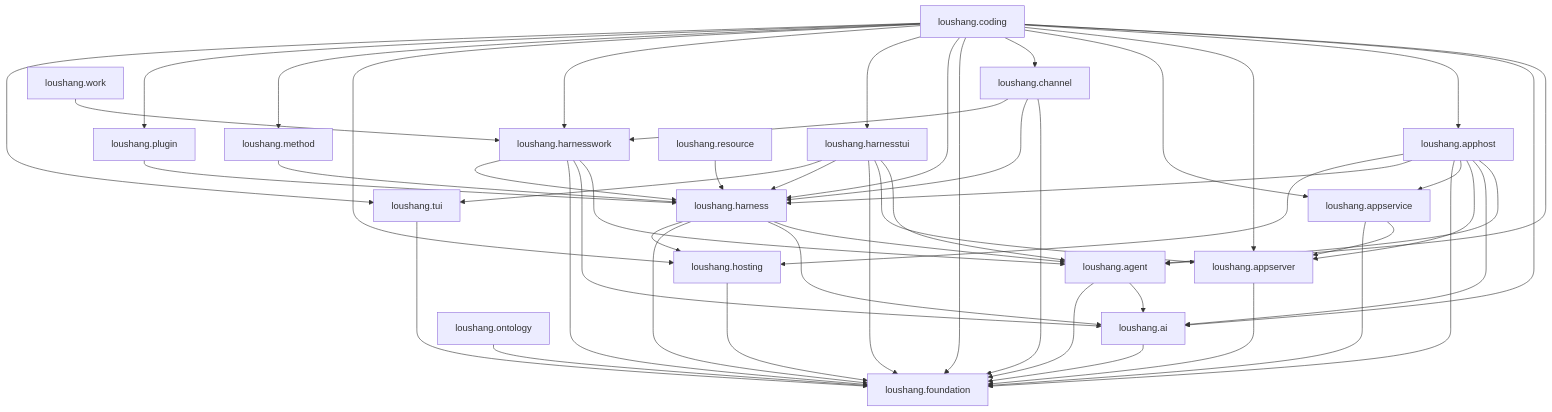
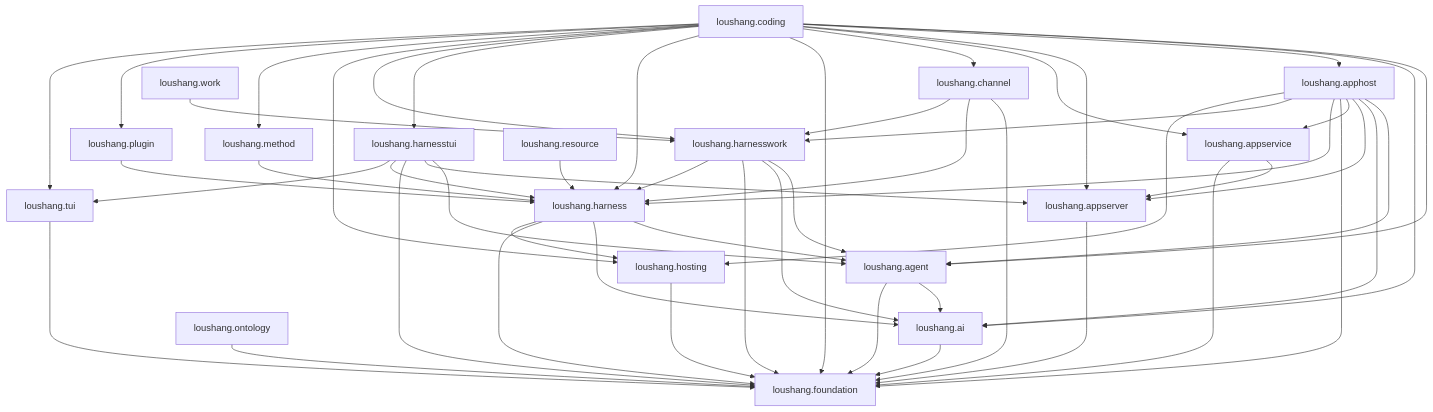
One commit to zhnt/loushang changed the diagram in docs/internals/architecture/generated/current-package-dependencies.md. Above: the diagram before and after it, drawn with Mermaid. The commit also changed other lines of this file and 11 other files, not shown here.

````diff
--- a/docs/internals/architecture/generated/current-package-dependencies.md
+++ b/docs/internals/architecture/generated/current-package-dependencies.md
@@ -27,72 +27,73 @@
 ```mermaid
 graph TD
     PKG_AGENT["loushang.agent"]
     PKG_AI["loushang.ai"]
     PKG_APPHOST["loushang.apphost"]
     PKG_APPSERVER["loushang.appserver"]
     PKG_APPSERVICE["loushang.appservice"]
     PKG_CHANNEL["loushang.channel"]
     PKG_CODING["loushang.coding"]
     PKG_FOUNDATION["loushang.foundation"]
     PKG_HARNESS["loushang.harness"]
     PKG_HARNESSTUI["loushang.harnesstui"]
     PKG_HARNESSWORK["loushang.harnesswork"]
     PKG_HOSTING["loushang.hosting"]
     PKG_METHOD["loushang.method"]
     PKG_ONTOLOGY["loushang.ontology"]
     PKG_PLUGIN["loushang.plugin"]
     PKG_RESOURCE["loushang.resource"]
     PKG_TUI["loushang.tui"]
     PKG_WORK["loushang.work"]
 
     PKG_AGENT --> PKG_AI
     PKG_AGENT --> PKG_FOUNDATION
     PKG_AI --> PKG_FOUNDATION
     PKG_APPHOST --> PKG_AGENT
     PKG_APPHOST --> PKG_AI
     PKG_APPHOST --> PKG_APPSERVER
     PKG_APPHOST --> PKG_APPSERVICE
     PKG_APPHOST --> PKG_FOUNDATION
     PKG_APPHOST --> PKG_HARNESS
+    PKG_APPHOST --> PKG_HARNESSWORK
     PKG_APPHOST --> PKG_HOSTING
     PKG_APPSERVER --> PKG_FOUNDATION
     PKG_APPSERVICE --> PKG_APPSERVER
     PKG_APPSERVICE --> PKG_FOUNDATION
     PKG_CHANNEL --> PKG_FOUNDATION
     PKG_CHANNEL --> PKG_HARNESS
     PKG_CHANNEL --> PKG_HARNESSWORK
     PKG_CODING --> PKG_AGENT
     PKG_CODING --> PKG_AI
     PKG_CODING --> PKG_APPHOST
     PKG_CODING --> PKG_APPSERVER
     PKG_CODING --> PKG_APPSERVICE
     PKG_CODING --> PKG_CHANNEL
     PKG_CODING --> PKG_FOUNDATION
     PKG_CODING --> PKG_HARNESS
     PKG_CODING --> PKG_HARNESSTUI
     PKG_CODING --> PKG_HARNESSWORK
     PKG_CODING --> PKG_HOSTING
     PKG_CODING --> PKG_METHOD
     PKG_CODING --> PKG_PLUGIN
     PKG_CODING --> PKG_TUI
     PKG_HARNESS --> PKG_AGENT
     PKG_HARNESS --> PKG_AI
     PKG_HARNESS --> PKG_FOUNDATION
     PKG_HARNESS --> PKG_HOSTING
     PKG_HARNESSTUI --> PKG_AGENT
     PKG_HARNESSTUI --> PKG_APPSERVER
     PKG_HARNESSTUI --> PKG_FOUNDATION
     PKG_HARNESSTUI --> PKG_HARNESS
     PKG_HARNESSTUI --> PKG_TUI
     PKG_HARNESSWORK --> PKG_AGENT
     PKG_HARNESSWORK --> PKG_AI
     PKG_HARNESSWORK --> PKG_FOUNDATION
     PKG_HARNESSWORK --> PKG_HARNESS
     PKG_HOSTING --> PKG_FOUNDATION
     PKG_METHOD --> PKG_HARNESS
     PKG_ONTOLOGY --> PKG_FOUNDATION
     PKG_PLUGIN --> PKG_HARNESS
     PKG_RESOURCE --> PKG_HARNESS
     PKG_TUI --> PKG_FOUNDATION
     PKG_WORK --> PKG_HARNESSWORK
 ```
````
